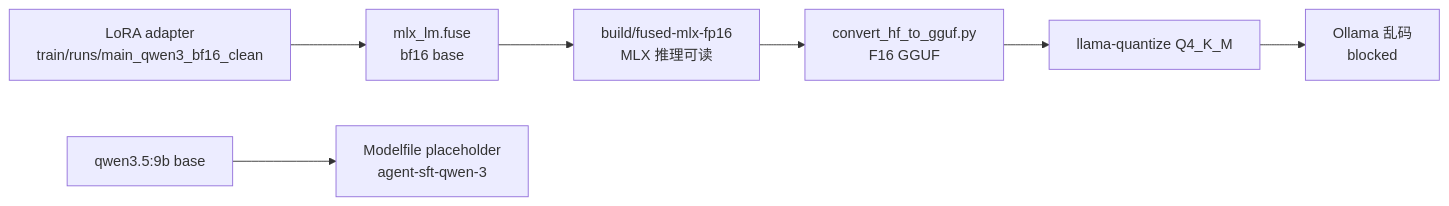
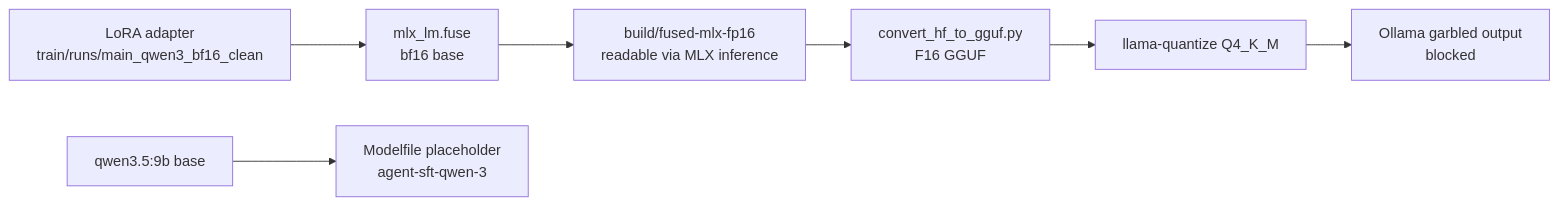
One commit to AndyUneducated/alchemy changed the second of 2 diagrams in play/agent_sft/deploy/README.md. Above: the diagram before and after it, drawn with Mermaid. The commit also changed other lines of this file and 197 other files, not shown here.

````diff
--- a/play/agent_sft/deploy/README.md
+++ b/play/agent_sft/deploy/README.md
@@ -37,9 +37,9 @@
 ```mermaid
 flowchart LR
     adapter["LoRA adapter<br/>train/runs/main_qwen3_bf16_clean"] --> fuse["mlx_lm.fuse<br/>bf16 base"]
-    fuse --> mlxdir["build/fused-mlx-fp16<br/>MLX 推理可读"]
+    fuse --> mlxdir["build/fused-mlx-fp16<br/>readable via MLX inference"]
     mlxdir --> gguf["convert_hf_to_gguf.py<br/>F16 GGUF"]
     gguf --> q4["llama-quantize Q4_K_M"]
-    q4 --> broken["Ollama 乱码<br/>blocked"]
+    q4 --> broken["Ollama garbled output<br/>blocked"]
     base["qwen3.5:9b base"] --> placeholder["Modelfile placeholder<br/>agent-sft-qwen-3"]
 ```
````
